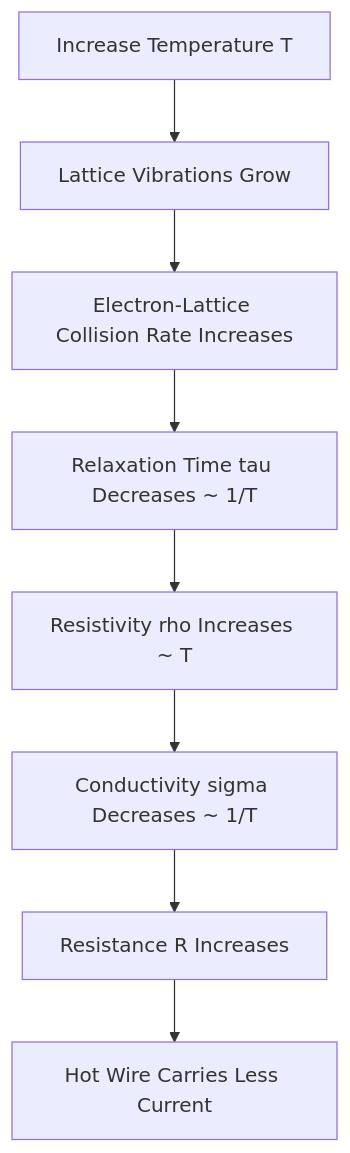
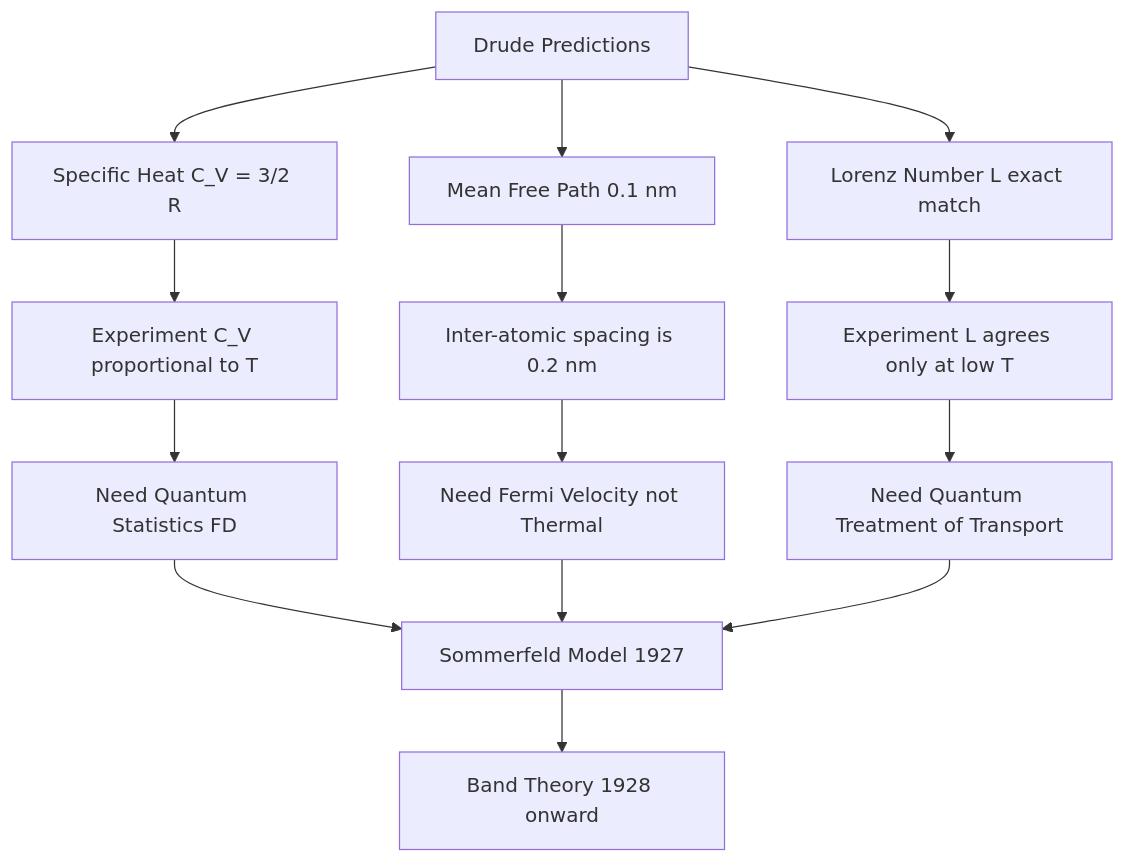
Before and after one commit to vishnuu-kr/ktunode: the fifth of 5 diagrams in public/notes/computer-science-and-engineering/semester-1/gapht121-physics-for-information-science/01-module-1-electrical-conductivity/electrical-conductivity-in-metals/notes.md, drawn with Mermaid. The commit also changed other lines of this file and 4829 other files, not shown here.

````diff
--- a/public/notes/computer-science-and-engineering/semester-1/gapht121-physics-for-information-science/01-module-1-electrical-conductivity/electrical-conductivity-in-metals/notes.md
+++ b/public/notes/computer-science-and-engineering/semester-1/gapht121-physics-for-information-science/01-module-1-electrical-conductivity/electrical-conductivity-in-metals/notes.md
@@ -614,10 +643,20 @@
 ```mermaid
 flowchart TD
-    A[Increase Temperature T] --> B[Lattice Vibrations Grow]
-    B --> C[Electron-Lattice Collision Rate Increases]
-    C --> D[Relaxation Time tau Decreases ~ 1/T]
-    D --> E[Resistivity rho Increases ~ T]
-    E --> F[Conductivity sigma Decreases ~ 1/T]
-    F --> G[Resistance R Increases]
-    G --> H[Hot Wire Carries Less Current]
+    A[Drude Predictions] --> B1[Specific Heat C_V = 3/2 R]
+    A --> B2[Lorenz Number L exact match]
+    A --> B3[Mean Free Path 0.1 nm]
+
+    B1 --> C1[Experiment C_V proportional to T]
+    B2 --> C2[Experiment L agrees only at low T]
+    B3 --> C3[Inter-atomic spacing is 0.2 nm]
+
+    C1 --> D1[Need Quantum Statistics FD]
+    C2 --> D3[Need Quantum Treatment of Transport]
+    C3 --> D2[Need Fermi Velocity not Thermal]
+
+    D1 --> E[Sommerfeld Model 1927]
+    D2 --> E
+    D3 --> E
+
+    E --> F[Band Theory 1928 onward]
 ```
````
